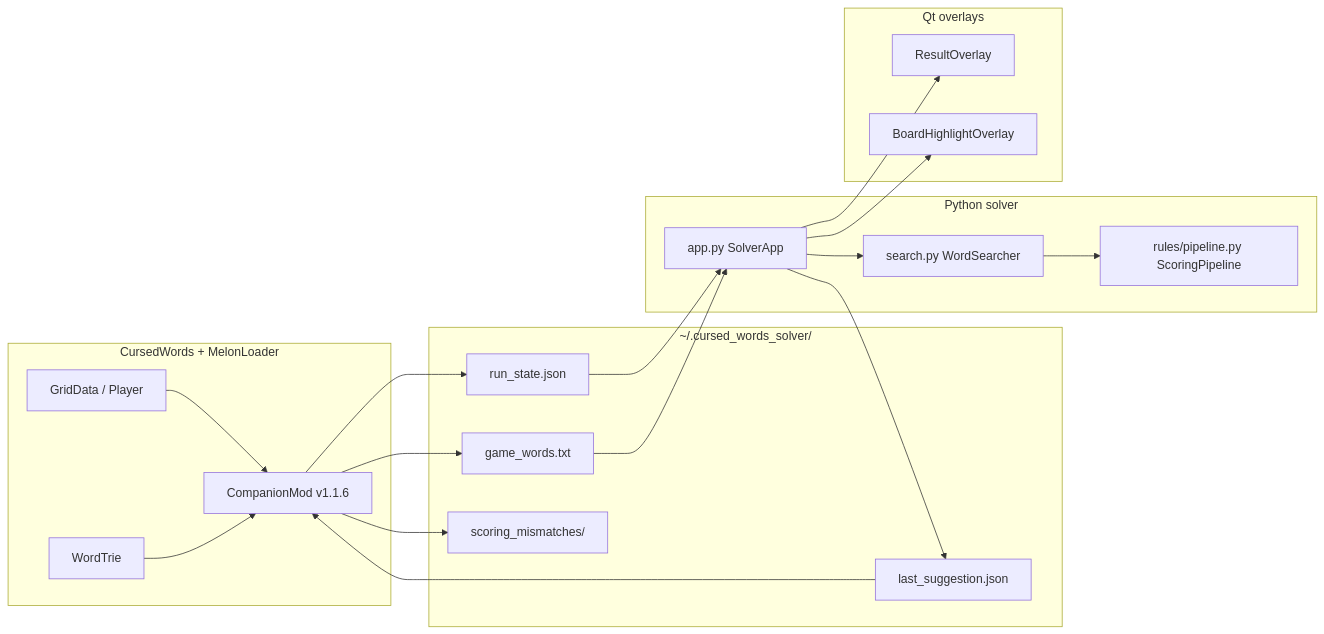
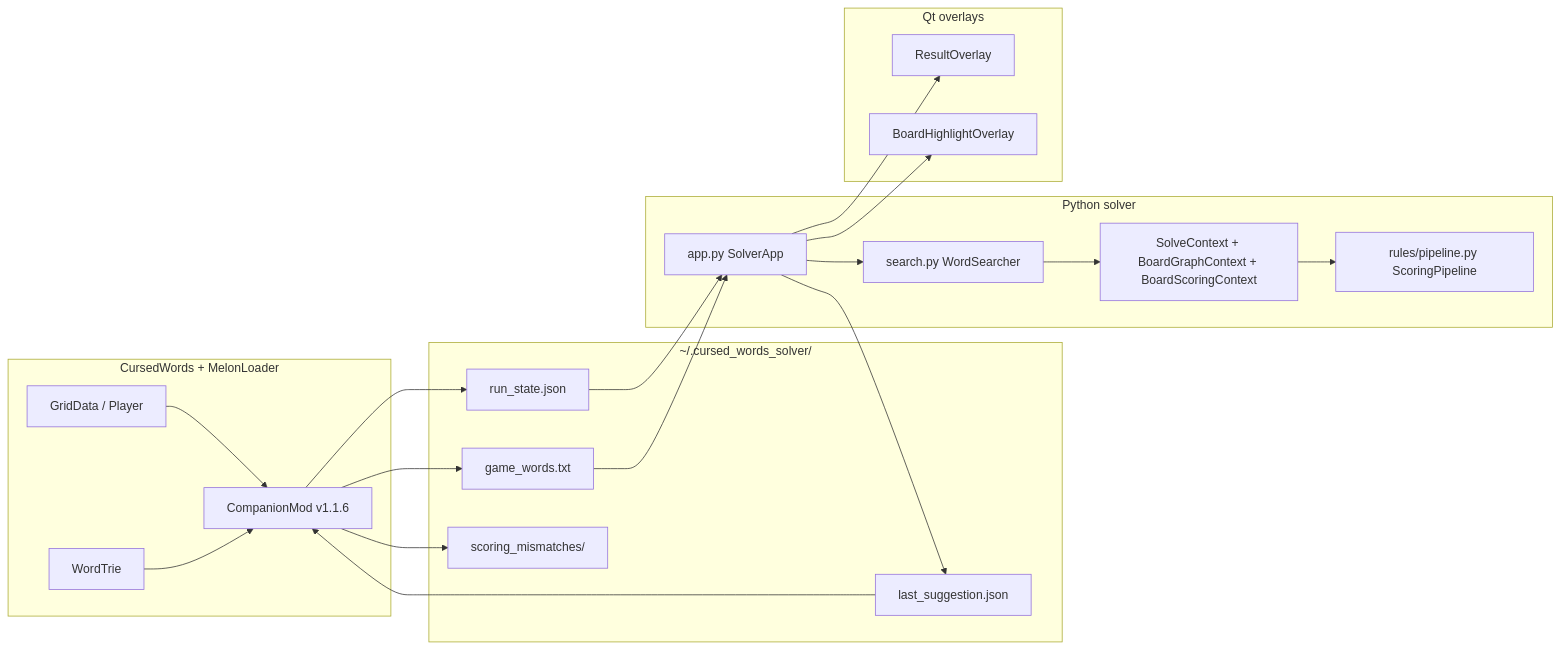
The diagram in README.md (SleepyFinale/cursed-words-solver), drawn with Mermaid before and after one commit. The commit also changed other lines of this file and 22 other files, not shown here.

First line of the commit message:
Enhance scoring and search mechanics with new context features

````diff
--- a/README.md
+++ b/README.md
@@ -52,36 +52,38 @@
 ```mermaid
 flowchart LR
   subgraph game [CursedWords + MelonLoader]
     GridData[GridData / Player]
     WordTrie[WordTrie]
     Companion[CompanionMod v1.1.6]
   end
   subgraph files ["~/.cursed_words_solver/"]
     RS[run_state.json]
     GW[game_words.txt]
     LS[last_suggestion.json]
     MM[scoring_mismatches/]
   end
   subgraph solver [Python solver]
     App[app.py SolverApp]
     Search[search.py WordSearcher]
+    SolveCtx[SolveContext + BoardGraphContext + BoardScoringContext]
     Pipe[rules/pipeline.py ScoringPipeline]
   end
   subgraph ui [Qt overlays]
     Overlay[ResultOverlay]
     Highlight[BoardHighlightOverlay]
   end
   GridData --> Companion
   WordTrie --> Companion
   Companion --> RS
   Companion --> GW
   RS --> App
   GW --> App
   App --> Search
-  Search --> Pipe
+  Search --> SolveCtx
+  SolveCtx --> Pipe
   App --> LS
   LS --> Companion
   Companion --> MM
   App --> Overlay
   App --> Highlight
 ```
````
